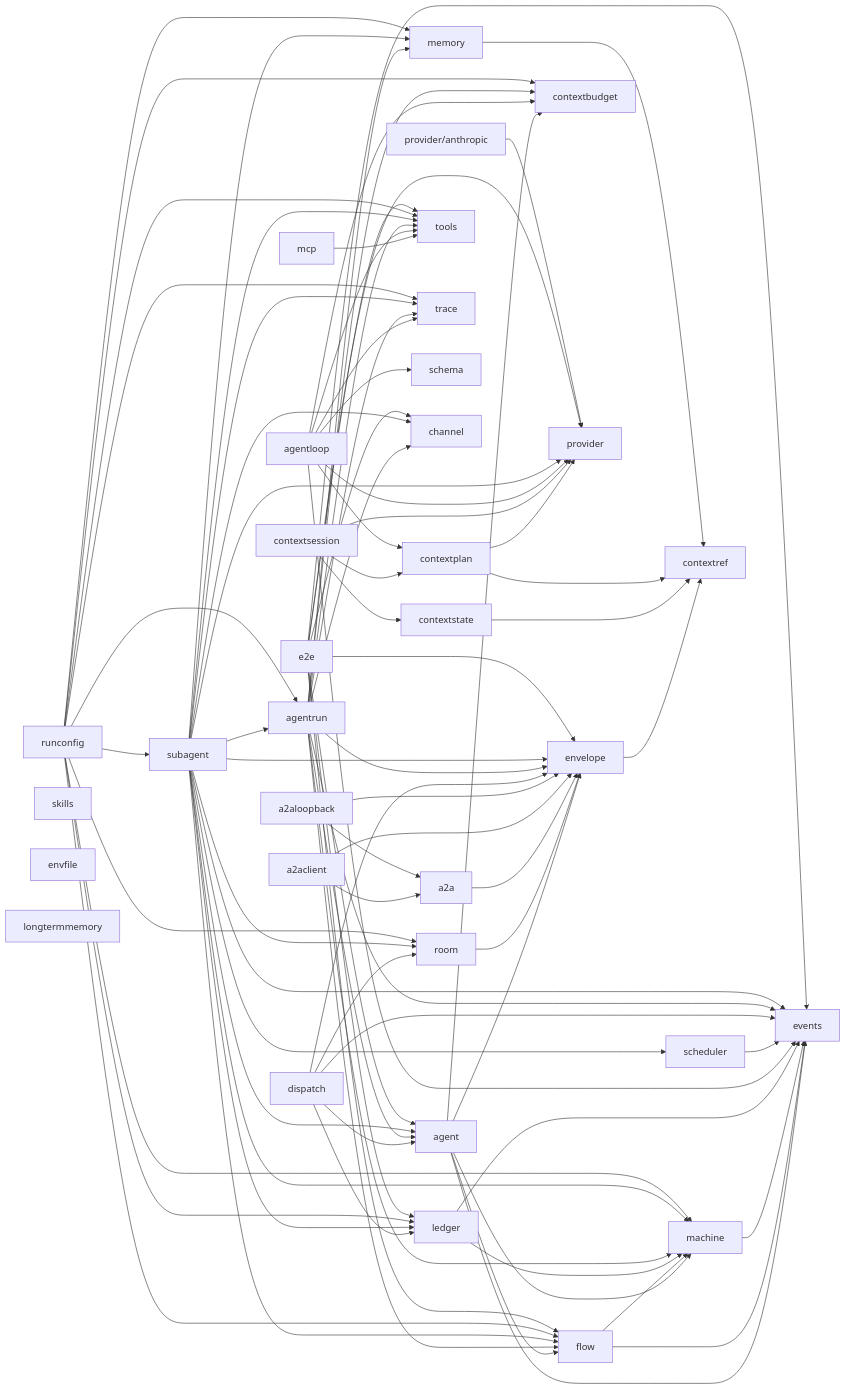
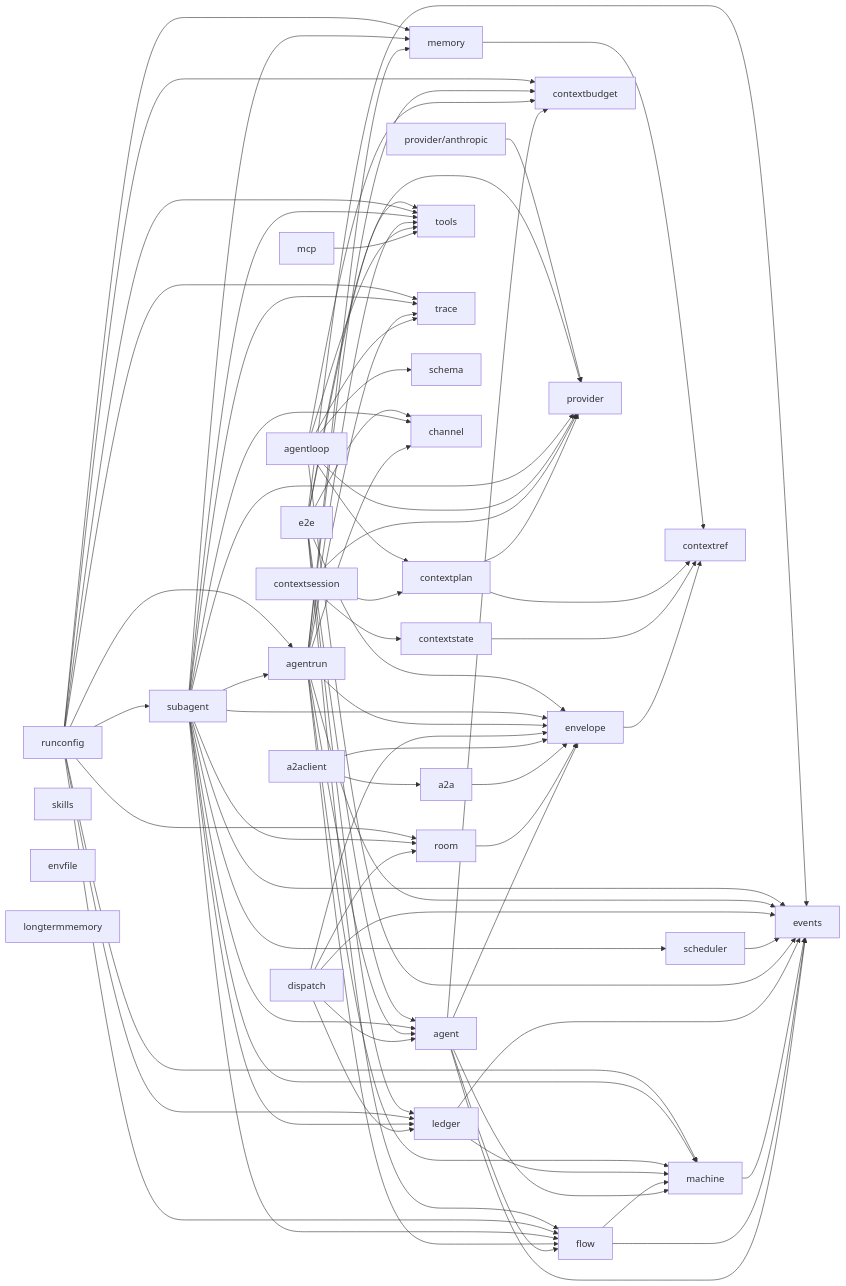
Before and after one commit to MiviaLabs/mivia-ai-sdk: the first of 2 diagrams in docs/architecture.md, drawn with Mermaid. The commit also changed other lines of this file and 15 other files, not shown here.

```diff
--- a/docs/architecture.md
+++ b/docs/architecture.md
@@ -58,8 +58,6 @@
     a2a --> envelope
     a2aclient --> a2a
     a2aclient --> envelope
-    a2aloopback --> a2a
-    a2aloopback --> envelope
     mcp --> tools
     agentloop --> provider
     agentloop --> tools
```
